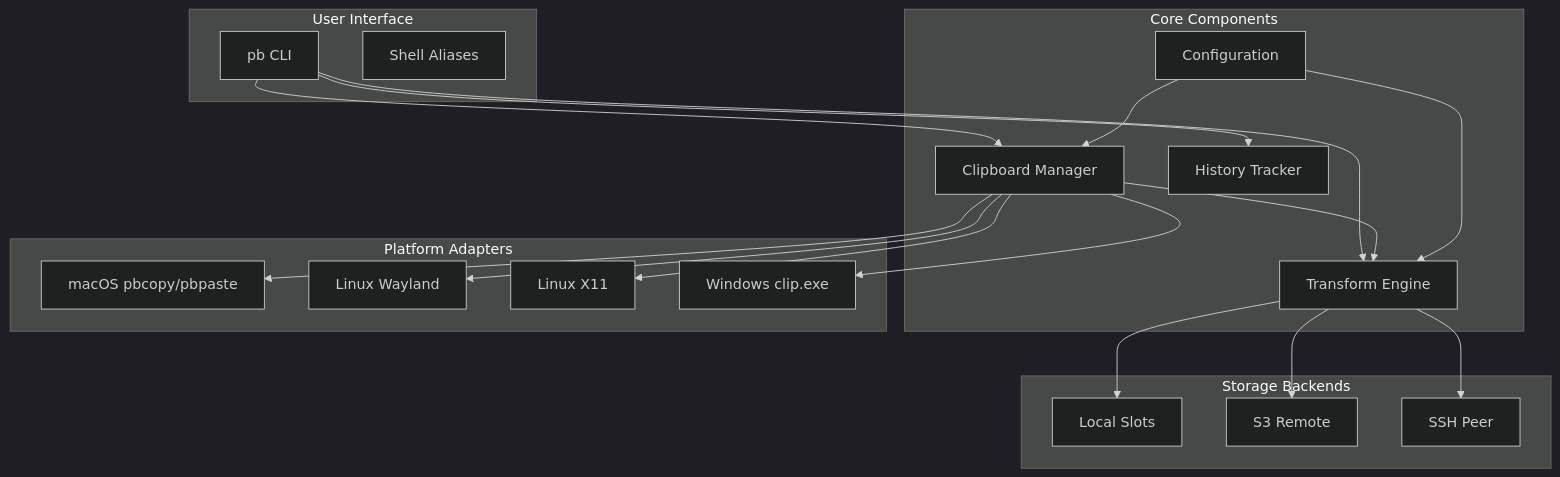
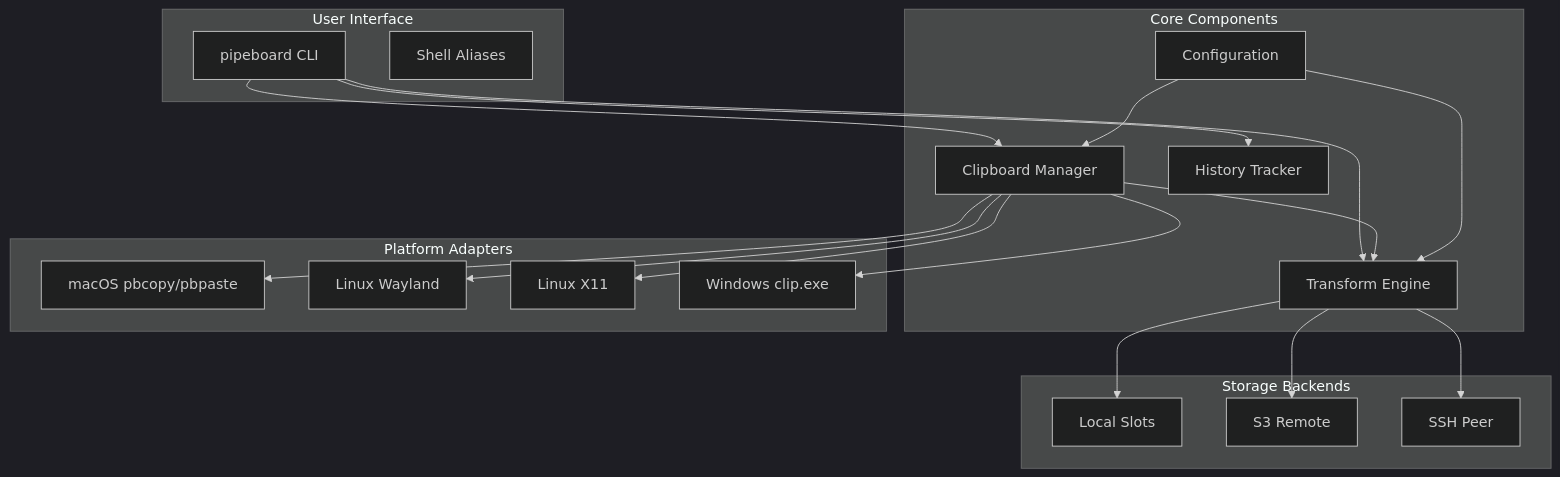
Before and after one commit to blackwell-systems/pipeboard: the first of 11 diagrams in docs/architecture.md, drawn with Mermaid (dark theme). The commit also changed other lines of this file and 1 other file, not shown here.

````diff
--- a/docs/architecture.md
+++ b/docs/architecture.md
@@ -7,43 +7,43 @@
 ```mermaid
 graph TB
     subgraph "User Interface"
-        CLI[pb CLI]
+        CLI[pipeboard CLI]
         SHELL[Shell Aliases]
     end
 
     subgraph "Core Components"
         CLIPBOARD[Clipboard Manager]
         TRANSFORM[Transform Engine]
         HISTORY[History Tracker]
         CONFIG[Configuration]
     end
 
     subgraph "Storage Backends"
         LOCAL[Local Slots]
         S3[S3 Remote]
         SSH[SSH Peer]
     end
 
     subgraph "Platform Adapters"
         MACOS[macOS pbcopy/pbpaste]
         LINUX_WL[Linux Wayland]
         LINUX_X[Linux X11]
         WINDOWS[Windows clip.exe]
     end
 
     CLI --> CLIPBOARD
     CLI --> TRANSFORM
     CLI --> HISTORY
     CLIPBOARD --> TRANSFORM
     TRANSFORM --> LOCAL
     TRANSFORM --> S3
     TRANSFORM --> SSH
 
     CLIPBOARD --> MACOS
     CLIPBOARD --> LINUX_WL
     CLIPBOARD --> LINUX_X
     CLIPBOARD --> WINDOWS
 
     CONFIG --> CLIPBOARD
     CONFIG --> TRANSFORM
 ```
````
